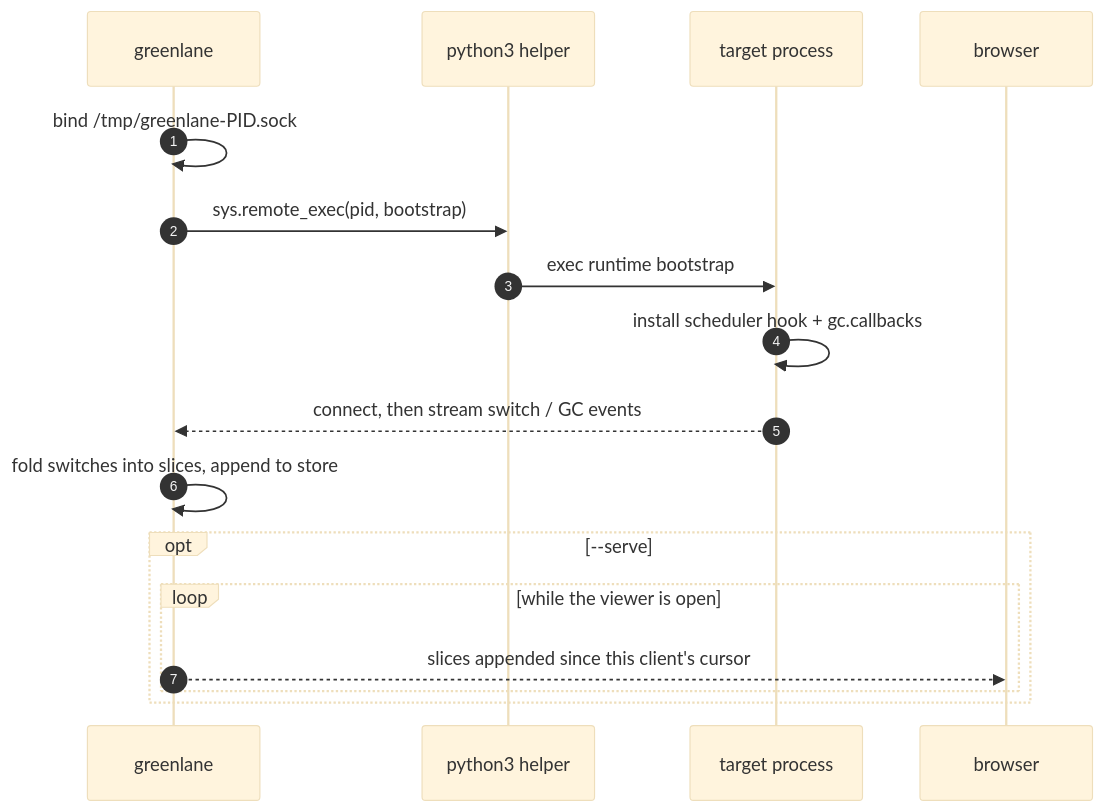
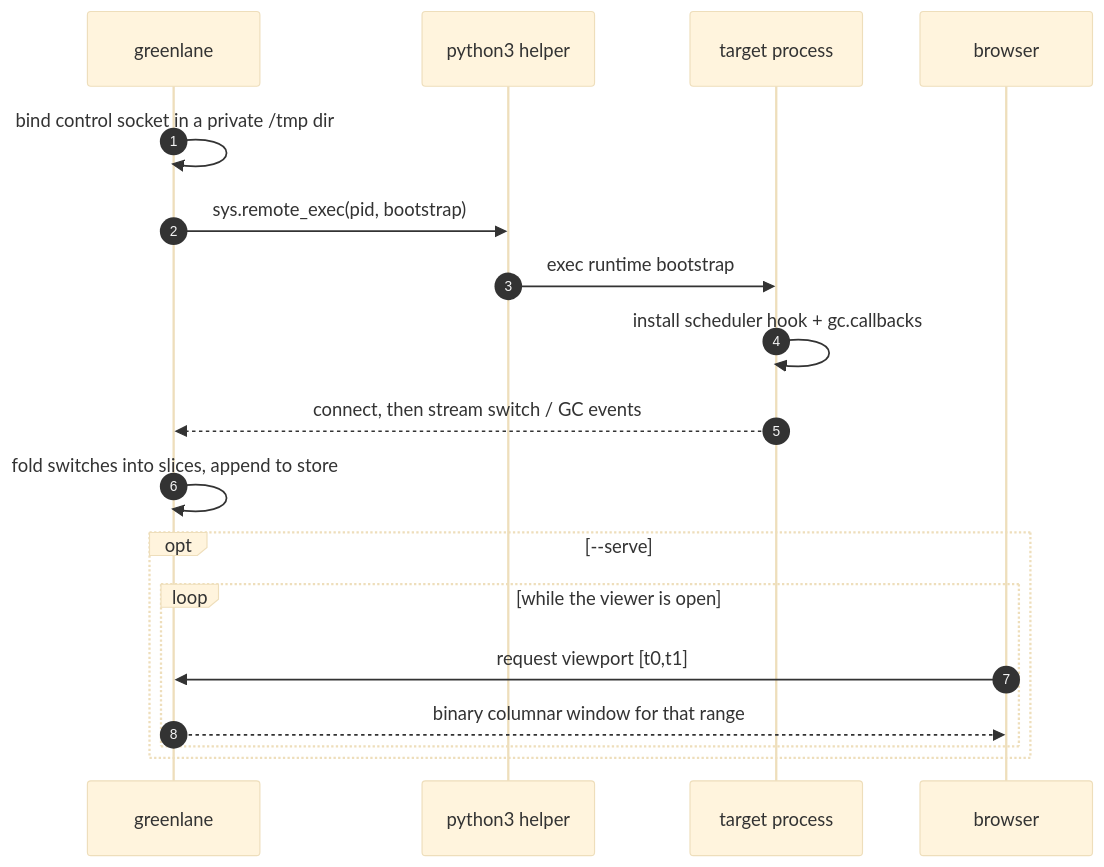
The second of 2 diagrams in docs/architecture.md (mermoldy/greenlane), drawn with Mermaid (base theme) before and after one commit. The commit also changed other lines of this file and 36 other files, not shown here.

````diff
--- a/docs/architecture.md
+++ b/docs/architecture.md
@@ -66,19 +81,20 @@
 ```mermaid
 sequenceDiagram
     autonumber
     participant GL as greenlane
     participant Py as python3 helper
     participant T as target process
     participant BR as browser
-    GL->>GL: bind /tmp/greenlane-PID.sock
+    GL->>GL: bind control socket in a private /tmp dir
     GL->>Py: sys.remote_exec(pid, bootstrap)
     Py->>T: exec runtime bootstrap
     T->>T: install scheduler hook + gc.callbacks
     T-->>GL: connect, then stream switch / GC events
     GL->>GL: fold switches into slices, append to store
     opt --serve
         loop while the viewer is open
-            GL-->>BR: slices appended since this client's cursor
+            BR->>GL: request viewport [t0,t1]
+            GL-->>BR: binary columnar window for that range
         end
     end
 ```
````
